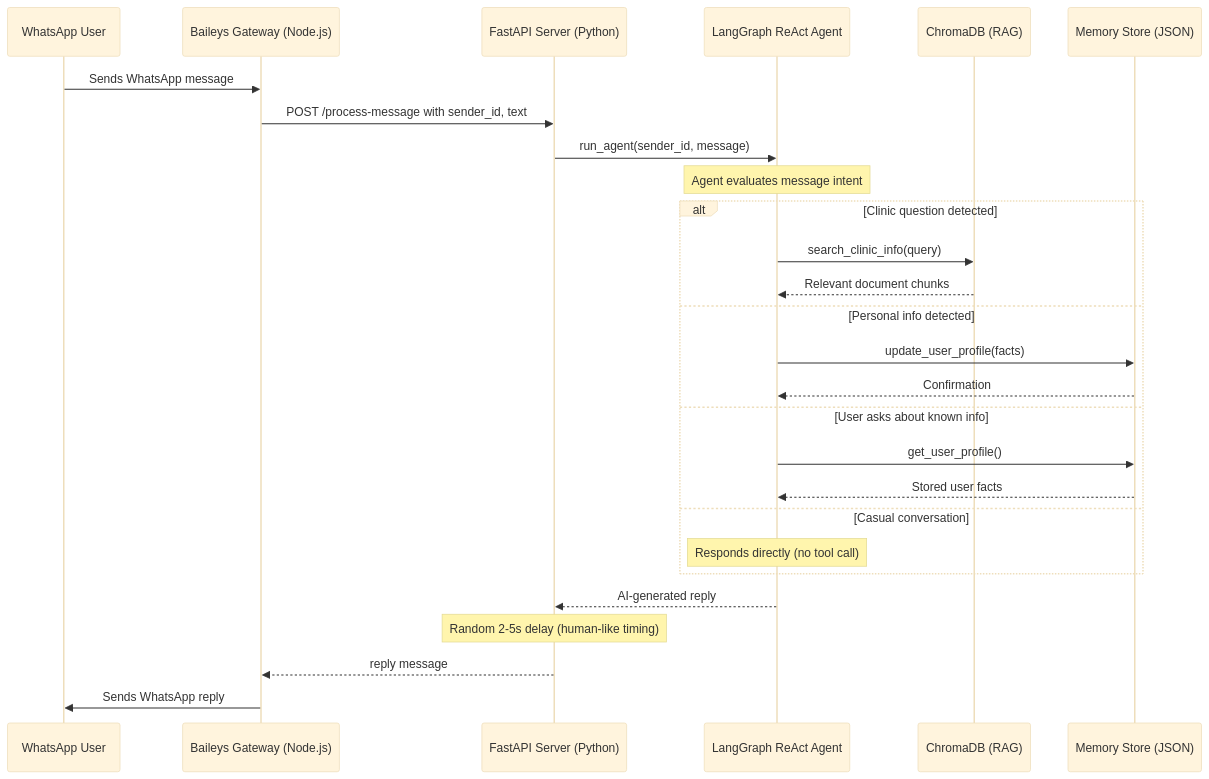
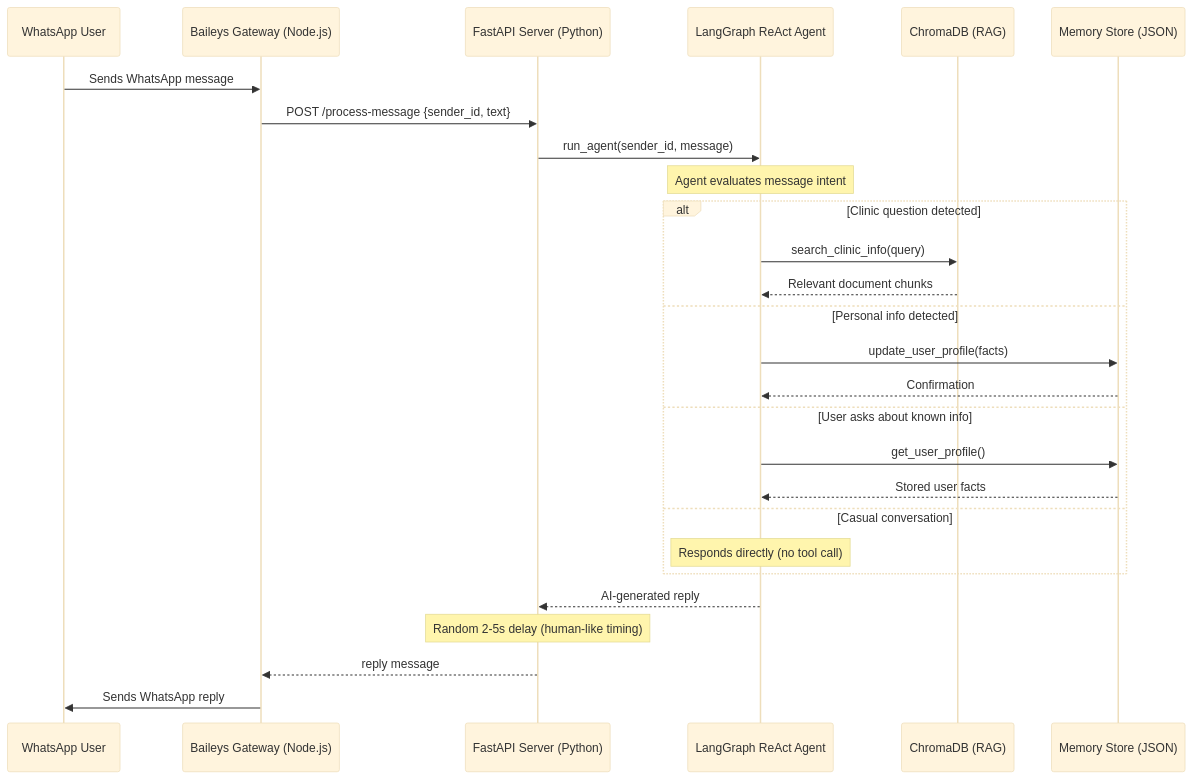
One commit to NoumanZahid-85/clinic-whatsapp-ai-agent changed the diagram in README.md. Above: the diagram before and after it, drawn with Mermaid (base theme). The commit also changed other lines of this file, not shown here.

````diff
--- a/README.md
+++ b/README.md
@@ -102,33 +103,33 @@
 ```mermaid
 sequenceDiagram
     participant U as WhatsApp User
     participant B as Baileys Gateway (Node.js)
     participant F as FastAPI Server (Python)
     participant A as LangGraph ReAct Agent
     participant R as ChromaDB (RAG)
     participant M as Memory Store (JSON)
 
     U->>B: Sends WhatsApp message
-    B->>F: POST /process-message with sender_id, text
+    B->>F: POST /process-message {sender_id, text}
     F->>A: run_agent(sender_id, message)
 
     Note over A: Agent evaluates message intent
 
     alt Clinic question detected
         A->>R: search_clinic_info(query)
         R-->>A: Relevant document chunks
     else Personal info detected
         A->>M: update_user_profile(facts)
         M-->>A: Confirmation
     else User asks about known info
         A->>M: get_user_profile()
         M-->>A: Stored user facts
     else Casual conversation
         Note over A: Responds directly (no tool call)
     end
 
     A-->>F: AI-generated reply
     Note over F: Random 2-5s delay (human-like timing)
     F-->>B: reply message
     B->>U: Sends WhatsApp reply
 ```
````
